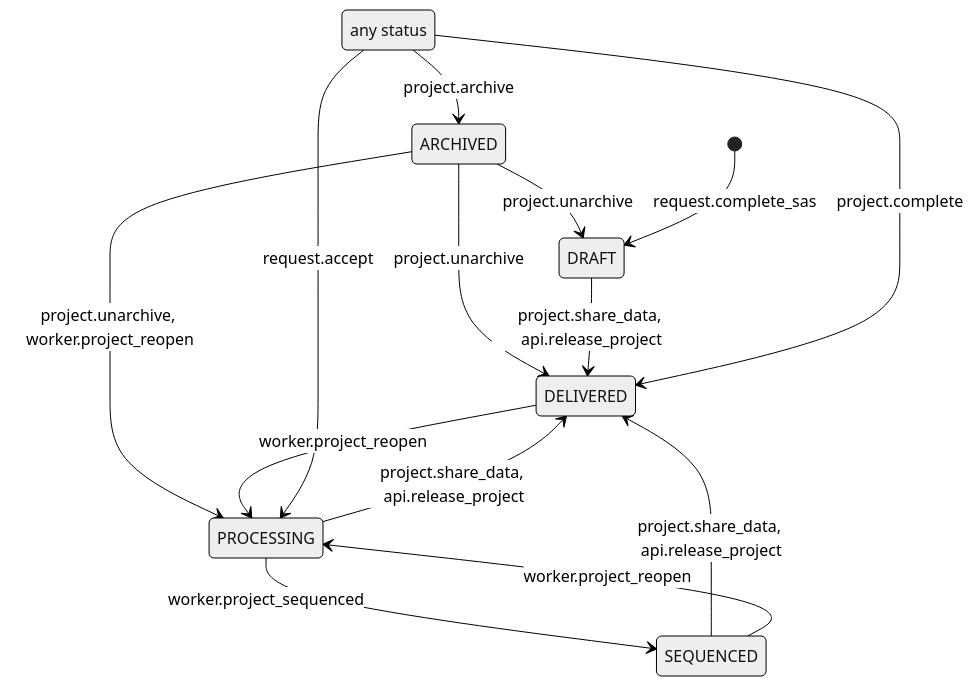
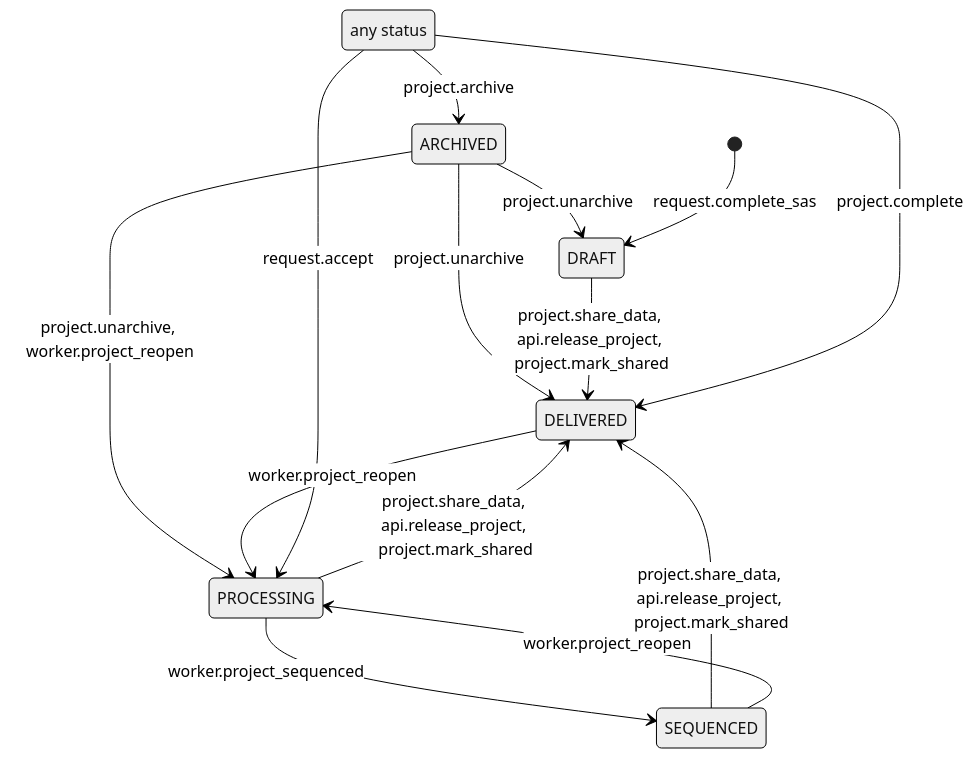
One commit to lutrarutra/opengsync-app changed the second of 9 diagrams in docs/state-transitions.md. Above: the diagram before and after it, drawn with Mermaid (neutral theme). The commit also changed other lines of this file and 5 other files, not shown here.

First line of the commit message:
Mark project data shared without sending it again

````diff
--- a/docs/state-transitions.md
+++ b/docs/state-transitions.md
@@ -288,17 +288,17 @@
 ```mermaid
 stateDiagram-v2
     state "any status" as any
     ARCHIVED --> DELIVERED : project.unarchive
     ARCHIVED --> DRAFT : project.unarchive
     ARCHIVED --> PROCESSING : project.unarchive, worker.project_reopen
     DELIVERED --> PROCESSING : worker.project_reopen
-    DRAFT --> DELIVERED : project.share_data, api.release_project
-    PROCESSING --> DELIVERED : project.share_data, api.release_project
+    DRAFT --> DELIVERED : project.share_data, api.release_project, project.mark_shared
+    PROCESSING --> DELIVERED : project.share_data, api.release_project, project.mark_shared
     PROCESSING --> SEQUENCED : worker.project_sequenced
-    SEQUENCED --> DELIVERED : project.share_data, api.release_project
+    SEQUENCED --> DELIVERED : project.share_data, api.release_project, project.mark_shared
     SEQUENCED --> PROCESSING : worker.project_reopen
     [*] --> DRAFT : request.complete_sas
     any --> ARCHIVED : project.archive
     any --> DELIVERED : project.complete
     any --> PROCESSING : request.accept
 ```
````
